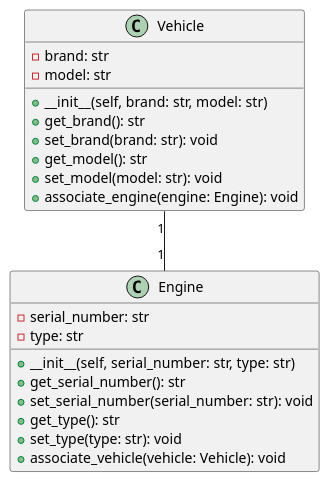
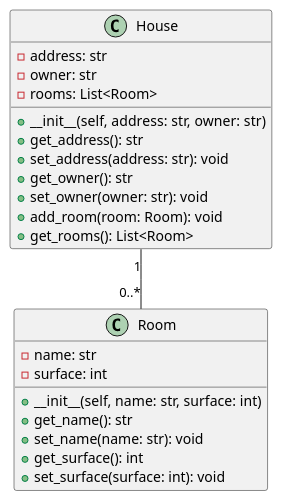
The diagram in Informatica/Esercizi_di_Pyton_nuovi/Diagrammi UML/Pontellini_013.puml (LucaPontellini/Homepage), drawn with PlantUML before and after one commit. The commit also changed 2 other files, not shown here.

```diff
--- a/Informatica/Esercizi_di_Pyton_nuovi/Diagrammi UML/Pontellini_013.puml
+++ b/Informatica/Esercizi_di_Pyton_nuovi/Diagrammi UML/Pontellini_013.puml
@@ -1,27 +1,28 @@
 @startuml
-class Vehicle {
-    - brand: str
-    - model: str
+class House {
+    - address: str
+    - owner: str
+    - rooms: List<Room>
     __
-    + __init__(self, brand: str, model: str)
-    + get_brand(): str
-    + set_brand(brand: str): void
-    + get_model(): str
-    + set_model(model: str): void
-    + associate_engine(engine: Engine): void
+    + __init__(self, address: str, owner: str)
+    + get_address(): str
+    + set_address(address: str): void
+    + get_owner(): str
+    + set_owner(owner: str): void
+    + add_room(room: Room): void
+    + get_rooms(): List<Room>
 }
 
-class Engine {
-    - serial_number: str
-    - type: str
+class Room {
+    - name: str
+    - surface: int
     __
-    + __init__(self, serial_number: str, type: str)
-    + get_serial_number(): str
-    + set_serial_number(serial_number: str): void
-    + get_type(): str
-    + set_type(type: str): void
-    + associate_vehicle(vehicle: Vehicle): void
+    + __init__(self, name: str, surface: int)
+    + get_name(): str
+    + set_name(name: str): void
+    + get_surface(): int
+    + set_surface(surface: int): void
 }
 
-Vehicle "1" -- "1" Engine
+House "1" -- "0..*" Room
 @enduml
```
